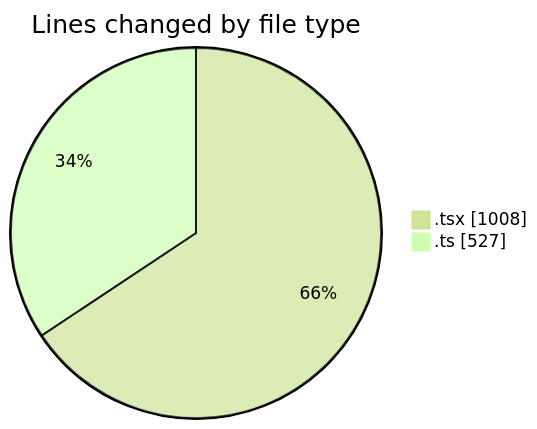
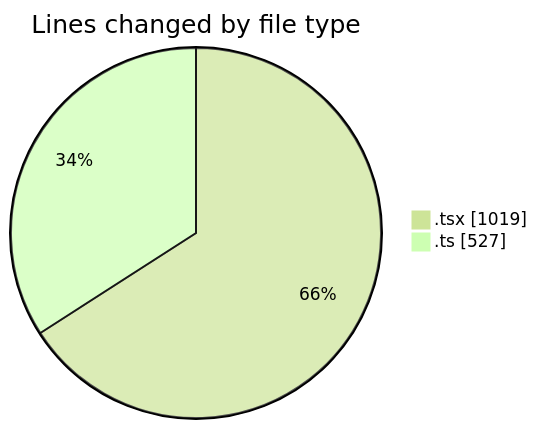
Before and after one commit to nxtqubesakshisongat/code-tracking: the first of 2 diagrams in 2026-05-12/nxtqube_webapp/README.md, drawn with Mermaid (forest theme). The commit also changed other lines of this file and 1 other file, not shown here.

````diff
--- a/2026-05-12/nxtqube_webapp/README.md
+++ b/2026-05-12/nxtqube_webapp/README.md
@@ -21,6 +21,6 @@
 ```mermaid
 pie showData
 title Lines changed by file type
-".tsx" : 1008
+".tsx" : 1019
 ".ts" : 527
 ```
````
